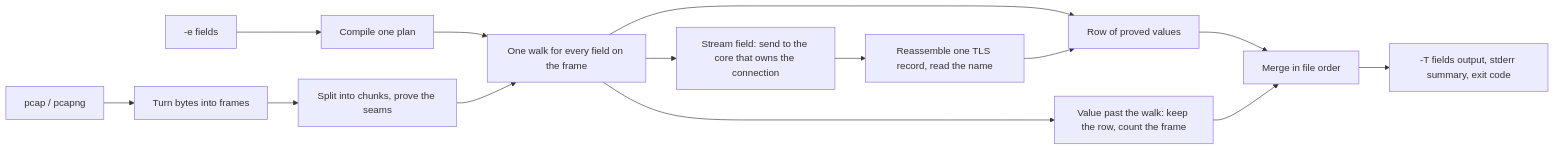
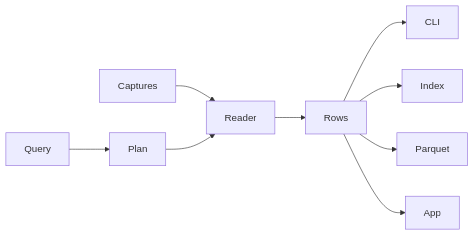
The diagram in README.md (briceduke/fin), drawn with Mermaid before and after one commit. The commit also changed other lines of this file, not shown here.

````diff
--- a/README.md
+++ b/README.md
@@ -26,16 +23,11 @@
 ```mermaid
 flowchart LR
-  file["pcap / pcapng"] --> adapt[Turn bytes into frames]
-  adapt --> split[Split into chunks, prove the seams]
-  fields["-e fields"] --> plan[Compile one plan]
-  plan --> walk[One walk for every field on the frame]
-  split --> walk
-  walk --> rows[Row of proved values]
-  walk --> route[Stream field: send to the core that owns the connection]
-  route --> tls[Reassemble one TLS record, read the name]
-  tls --> rows
-  walk --> count[Value past the walk: keep the row, count the frame]
-  rows --> merge[Merge in file order]
-  count --> merge
-  merge --> out["-T fields output, stderr summary, exit code"]
+  query[Query] --> plan[Plan]
+  captures[Captures] --> reader[Reader]
+  plan --> reader
+  reader --> rows[Rows]
+  rows --> cli[CLI]
+  rows --> index[Index]
+  rows --> parquet[Parquet]
+  rows --> app[App]
 ```
````
